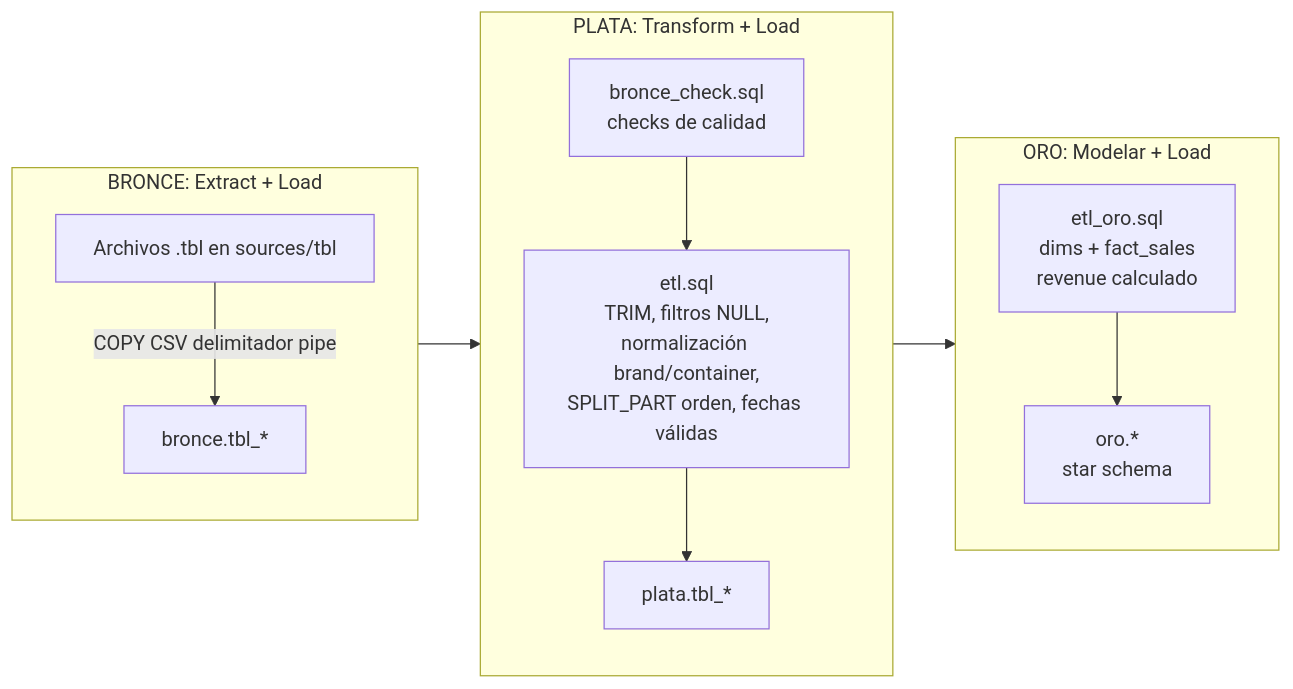
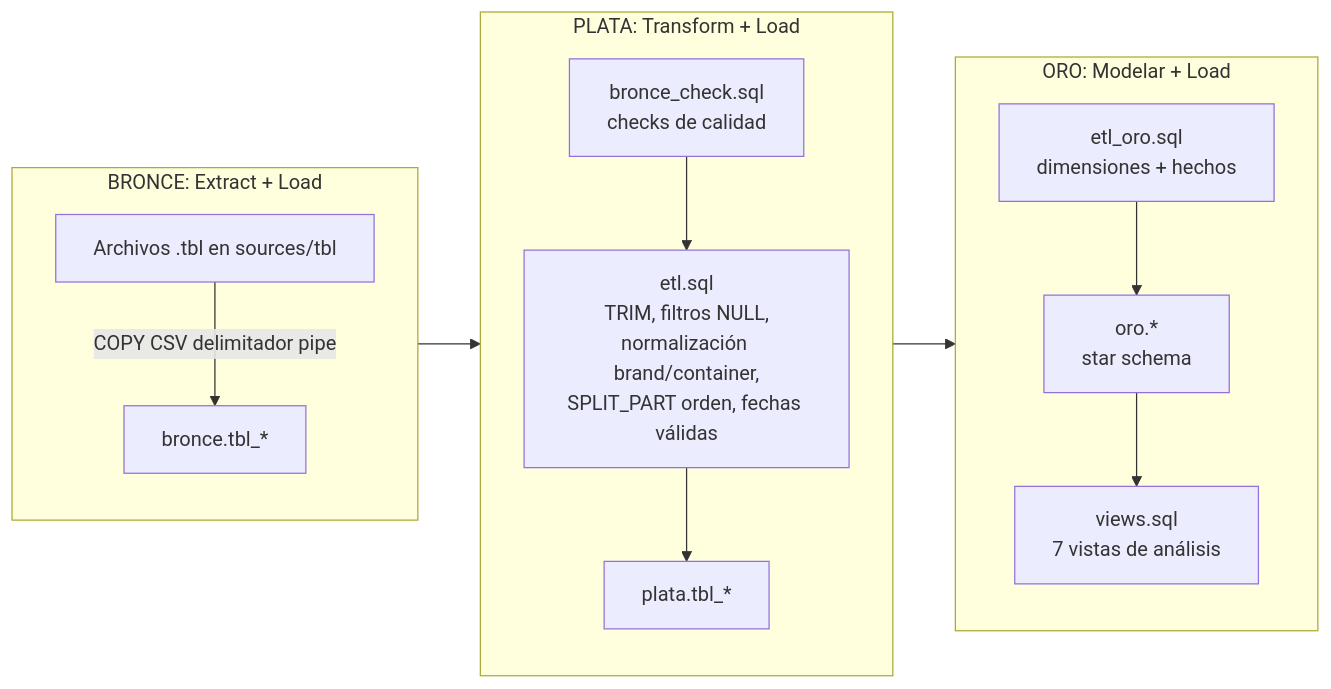
The first of 3 diagrams in docs/etl_proceso.md (CaletOrtiz/sql-datawarehouse-project), drawn with Mermaid before and after one commit. The commit also changed 13 other files, not shown here.

Commit message:
Refactor data warehouse structure and enhance ETL processes; add new views and update README

````diff
--- a/docs/etl_proceso.md
+++ b/docs/etl_proceso.md
@@ -3,17 +3,18 @@
 ```mermaid
 flowchart LR
     subgraph E1["BRONCE: Extract + Load"]
         A1[Archivos .tbl en sources/tbl] -->|COPY CSV delimitador pipe| A2[bronce.tbl_*]
     end
 
     subgraph E2["PLATA: Transform + Load"]
         B1[bronce_check.sql<br/>checks de calidad] --> B2[etl.sql<br/>TRIM, filtros NULL,<br/>normalización brand/container,<br/>SPLIT_PART orden, fechas válidas]
         B2 --> B3[plata.tbl_*]
     end
 
     subgraph E3["ORO: Modelar + Load"]
-        C1[etl_oro.sql<br/>dims + fact_sales<br/>revenue calculado] --> C2[oro.*<br/>star schema]
+            C1[etl_oro.sql<br/>dimensiones + hechos] --> C2[oro.*<br/>star schema]
+            C2 --> C3[views.sql<br/>7 vistas de análisis]
     end
 
     E1 --> E2 --> E3
 ```
````
